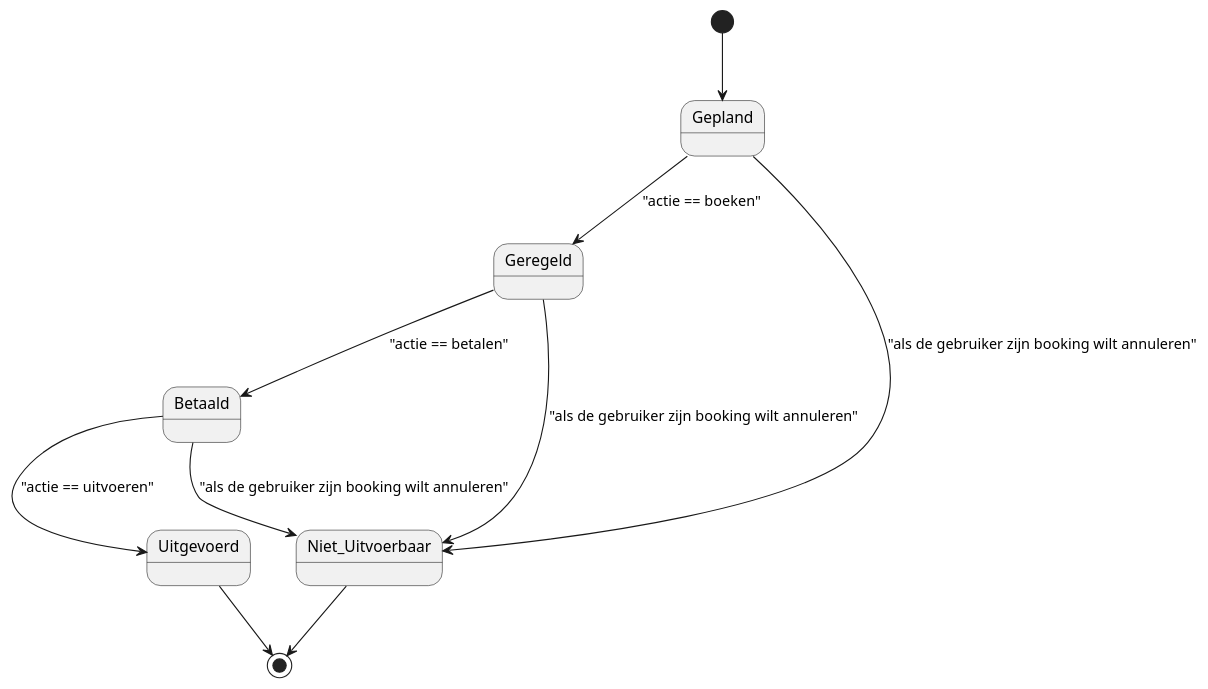
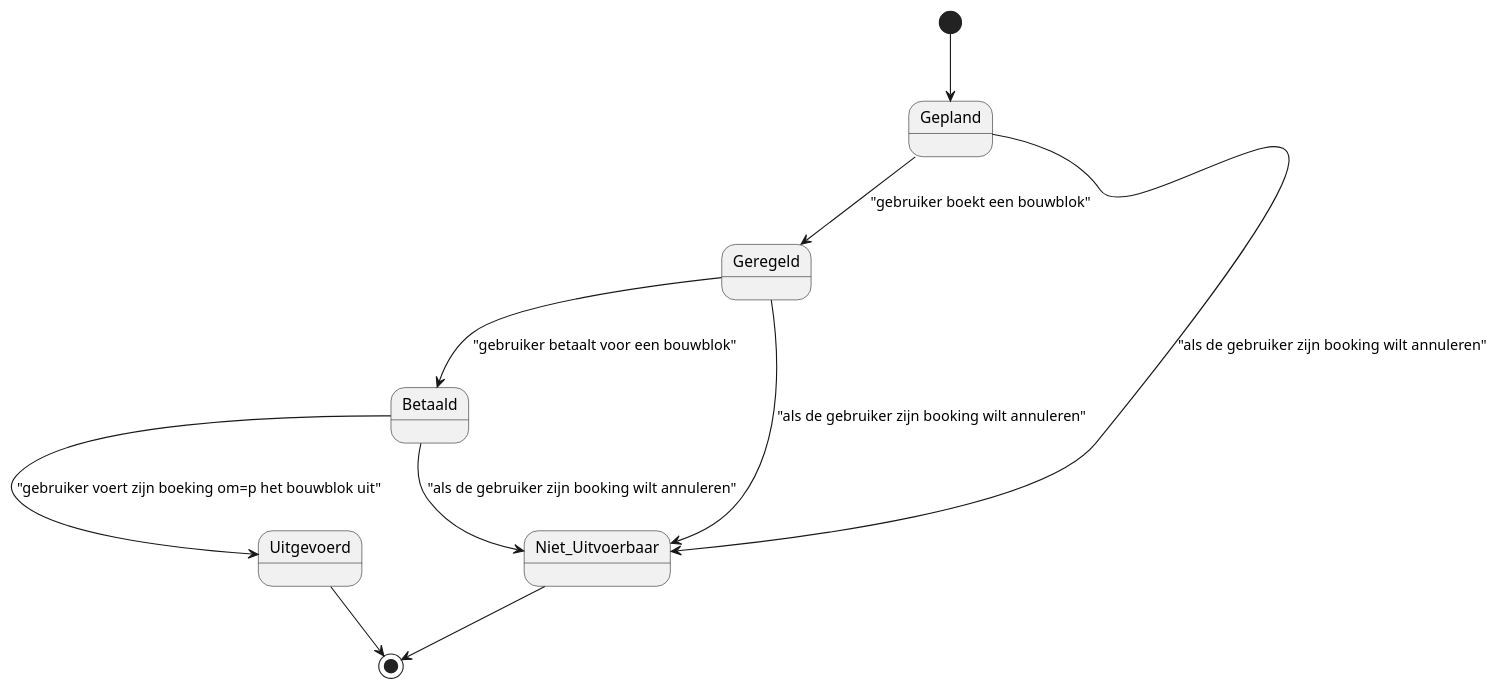
Before and after one commit to AIM-ENE-feb25/triptop-groep-b4: the diagram in prototypes/groepB4/src/main/java/triptop/groepB4/diagrammen/State_machine_Booking_state.puml, drawn with PlantUML. The commit also changed 5 other files, not shown here.

```diff
--- a/prototypes/groepB4/src/main/java/triptop/groepB4/diagrammen/State_machine_Booking_state.puml
+++ b/prototypes/groepB4/src/main/java/triptop/groepB4/diagrammen/State_machine_Booking_state.puml
@@ -1,30 +1,30 @@
 @startuml
 
 state Gepland {
 }
 
 state Geregeld {
 }
 
 state Betaald {
 }
 
 state Uitgevoerd {
 }
 
 state Niet_Uitvoerbaar {
 }
 
 [*] --> Gepland
-Gepland --> Geregeld : "actie == boeken"
-Geregeld --> Betaald : "actie == betalen"
-Betaald --> Uitgevoerd : "actie == uitvoeren"
+Gepland --> Geregeld : "gebruiker boekt een bouwblok"
+Geregeld --> Betaald : "gebruiker betaalt voor een bouwblok"
+Betaald --> Uitgevoerd : "gebruiker voert zijn boeking om=p het bouwblok uit"
 Uitgevoerd --> [*]
 
 Gepland --> Niet_Uitvoerbaar : "als de gebruiker zijn booking wilt annuleren"
 Geregeld --> Niet_Uitvoerbaar: "als de gebruiker zijn booking wilt annuleren"
 Betaald --> Niet_Uitvoerbaar: "als de gebruiker zijn booking wilt annuleren"
 Niet_Uitvoerbaar --> [*]
 
 
 @enduml
```
